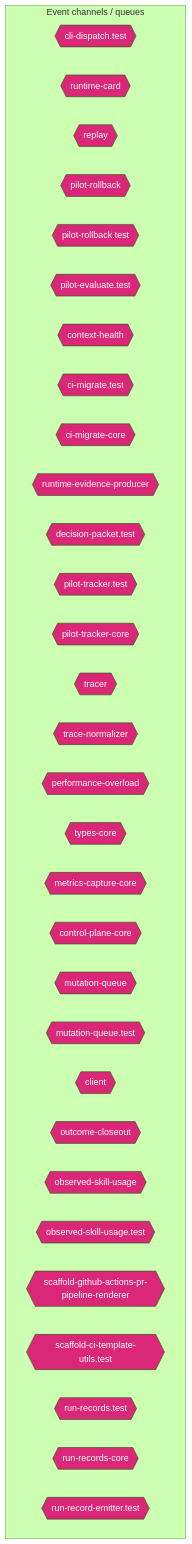
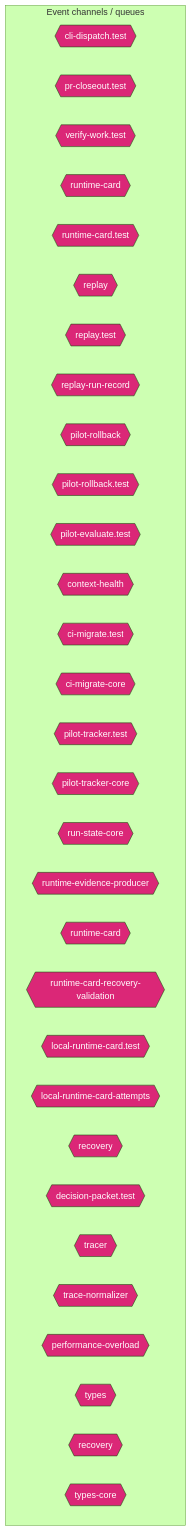
Before and after one commit to jscraik/coding-harness: the ninth of 14 diagrams in AI/context/diagram-context.md, drawn with Mermaid (forest theme). The commit also changed other lines of this file and 200 other files, not shown here.

````diff
--- a/AI/context/diagram-context.md
+++ b/AI/context/diagram-context.md
@@ -1665,38 +1825,38 @@
 ```mermaid
 flowchart TD
   subgraph Channels["Event channels / queues"]
     cli_dispatch_test_54c9f17b{{"cli-dispatch.test"}}
+    pr_closeout_test_12a1ffdd{{"pr-closeout.test"}}
+    verify_work_test_0e12f6c5{{"verify-work.test"}}
     runtime_card_e06b53e1{{"runtime-card"}}
+    runtime_card_test_af812837{{"runtime-card.test"}}
     replay_ac203c98{{"replay"}}
+    replay_test_935f7436{{"replay.test"}}
+    replay_run_record_9a08cce2{{"replay-run-record"}}
     pilot_rollback_00c1f82c{{"pilot-rollback"}}
     pilot_rollback_test_e61d5a2b{{"pilot-rollback.test"}}
     pilot_evaluate_test_a2ac06fc{{"pilot-evaluate.test"}}
     context_health_80bb7da9{{"context-health"}}
     ci_migrate_test_2a015bb9{{"ci-migrate.test"}}
     ci_migrate_core_7005b5af{{"ci-migrate-core"}}
-    runtime_evidence_producer_ea388cb5{{"runtime-evidence-producer"}}
-    decision_packet_test_9ea0e97b{{"decision-packet.test"}}
     pilot_tracker_test_80398a66{{"pilot-tracker.test"}}
     pilot_tracker_core_80d8ac96{{"pilot-tracker-core"}}
+    run_state_core_25a955bc{{"run-state-core"}}
+    runtime_evidence_producer_ea388cb5{{"runtime-evidence-producer"}}
+    runtime_card_1_465a49d2{{"runtime-card"}}
+    runtime_card_recovery_validation_e216d883{{"runtime-card-recovery-validation"}}
+    local_runtime_card_test_b508222b{{"local-runtime-card.test"}}
+    local_runtime_card_attempts_28aa46ea{{"local-runtime-card-attempts"}}
+    recovery_8c585378{{"recovery"}}
+    decision_packet_test_9ea0e97b{{"decision-packet.test"}}
     tracer_1e6243a2{{"tracer"}}
     trace_normalizer_cb1be1d2{{"trace-normalizer"}}
     performance_overload_c685bfcf{{"performance-overload"}}
+    types_8_f6283648{{"types"}}
+    recovery_1_4d1804ab{{"recovery"}}
     types_core_e405ddca{{"types-core"}}
-    metrics_capture_core_db4bf7cf{{"metrics-capture-core"}}
-    control_plane_core_db3b4cb2{{"control-plane-core"}}
-    mutation_queue_ce5a530e{{"mutation-queue"}}
-    mutation_queue_test_10b599e8{{"mutation-queue.test"}}
-    client_1_914e1681{{"client"}}
-    outcome_closeout_ba497ec2{{"outcome-closeout"}}
-    observed_skill_usage_ed7d5930{{"observed-skill-usage"}}
-    observed_skill_usage_test_311c215a{{"observed-skill-usage.test"}}
-    scaffold_github_actions_pr_pipeline_renderer_1ee18de5{{"scaffold-github-actions-pr-pipeline-renderer"}}
-    scaffold_ci_template_utils_test_b94825d9{{"scaffold-ci-template-utils.test"}}
-    run_records_test_3ee6a0e3{{"run-records.test"}}
-    run_records_core_89286dfa{{"run-records-core"}}
-    run_record_emitter_test_5475c0da{{"run-record-emitter.test"}}
   end
   classDef eventNode fill:#db2777,color:#fff
-  class cli_dispatch_test_54c9f17b,runtime_card_e06b53e1,replay_ac203c98,pilot_rollback_00c1f82c,pilot_rollback_test_e61d5a2b,pilot_evaluate_test_a2ac06fc,context_health_80bb7da9,ci_migrate_test_2a015bb9,ci_migrate_core_7005b5af,runtime_evidence_producer_ea388cb5,decision_packet_test_9ea0e97b,pilot_tracker_test_80398a66,pilot_tracker_core_80d8ac96,tracer_1e6243a2,trace_normalizer_cb1be1d2,performance_overload_c685bfcf,types_core_e405ddca,metrics_capture_core_db4bf7cf,control_plane_core_db3b4cb2,mutation_queue_ce5a530e,mutation_queue_test_10b599e8,client_1_914e1681,outcome_closeout_ba497ec2,observed_skill_usage_ed7d5930,observed_skill_usage_test_311c215a,scaffold_github_actions_pr_pipeline_renderer_1ee18de5,scaffold_ci_template_utils_test_b94825d9,run_records_test_3ee6a0e3,run_records_core_89286dfa,run_record_emitter_test_5475c0da eventNode
+  class cli_dispatch_test_54c9f17b,pr_closeout_test_12a1ffdd,verify_work_test_0e12f6c5,runtime_card_e06b53e1,runtime_card_test_af812837,replay_ac203c98,replay_test_935f7436,replay_run_record_9a08cce2,pilot_rollback_00c1f82c,pilot_rollback_test_e61d5a2b,pilot_evaluate_test_a2ac06fc,context_health_80bb7da9,ci_migrate_test_2a015bb9,ci_migrate_core_7005b5af,pilot_tracker_test_80398a66,pilot_tracker_core_80d8ac96,run_state_core_25a955bc,runtime_evidence_producer_ea388cb5,runtime_card_1_465a49d2,runtime_card_recovery_validation_e216d883,local_runtime_card_test_b508222b,local_runtime_card_attempts_28aa46ea,recovery_8c585378,decision_packet_test_9ea0e97b,tracer_1e6243a2,trace_normalizer_cb1be1d2,performance_overload_c685bfcf,types_8_f6283648,recovery_1_4d1804ab,types_core_e405ddca eventNode
 
 ```
````
